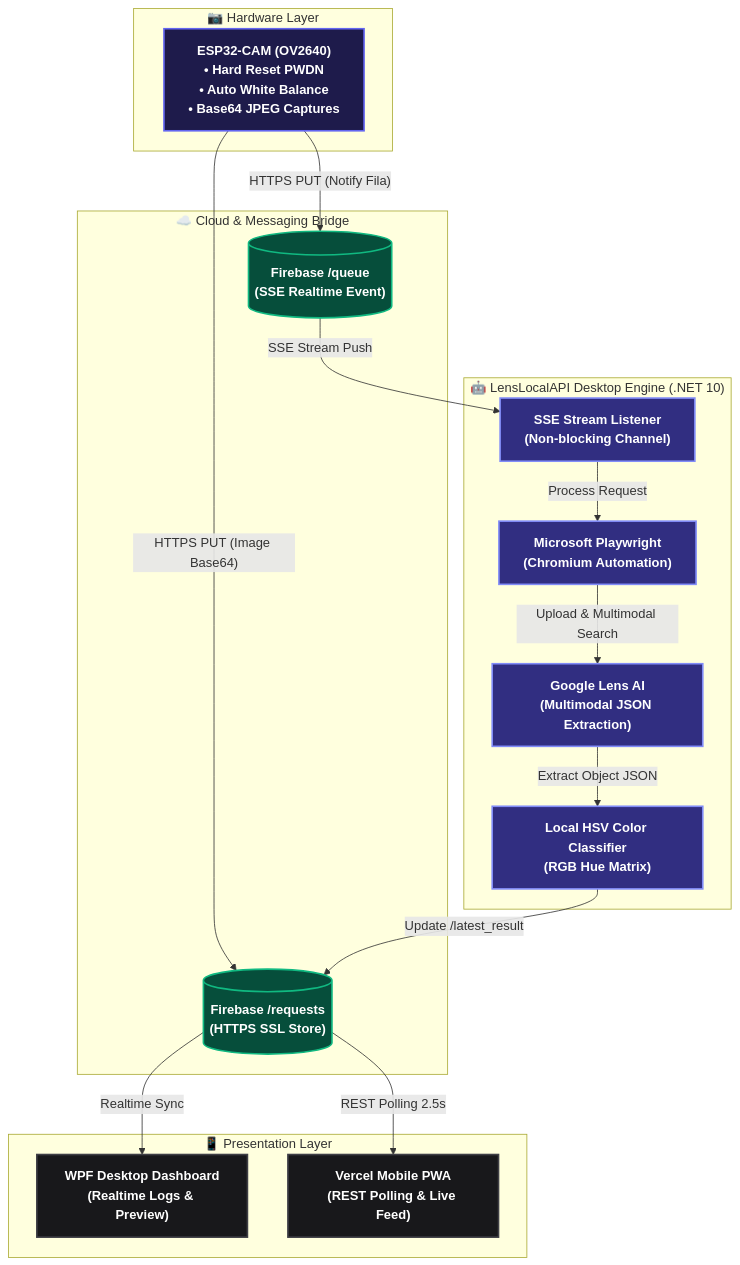
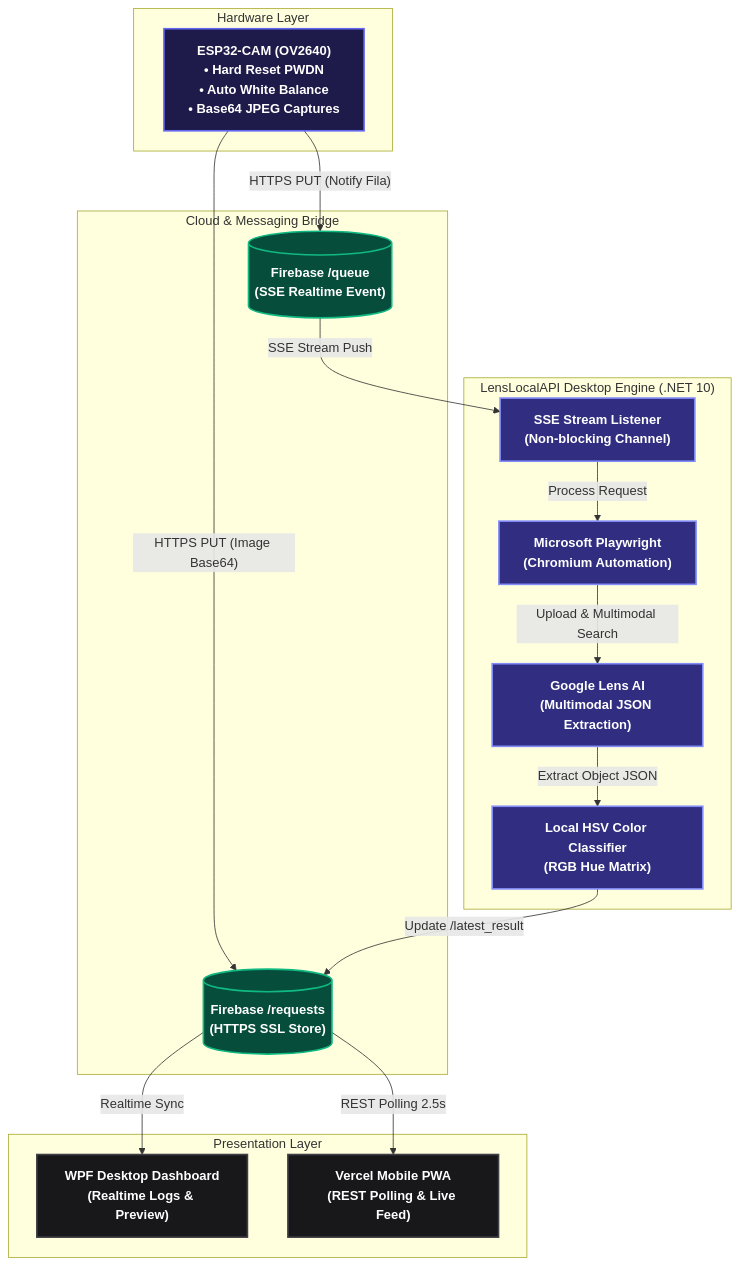
The diagram in README.md (theHerick/LensLocalAPI), drawn with Mermaid before and after one commit. The commit also changed other lines of this file and 1 other file, not shown here.

Commit message:
Remove all emojis from README and web dashboard UI

````diff
--- a/README.md
+++ b/README.md
@@ -40,38 +40,38 @@
 ```mermaid
 graph TD
     classDef hardware fill:#1e1b4b,stroke:#6366f1,stroke-width:2px,color:#fff,font-weight:bold;
     classDef cloud fill:#064e3b,stroke:#10b981,stroke-width:2px,color:#fff,font-weight:bold;
     classDef engine fill:#312e81,stroke:#818cf8,stroke-width:2px,color:#fff,font-weight:bold;
     classDef output fill:#18181b,stroke:#3f3f46,stroke-width:2px,color:#fff,font-weight:bold;
 
-    subgraph Hardware_Layer ["📷 Hardware Layer"]
+    subgraph Hardware_Layer ["Hardware Layer"]
         ESP["ESP32-CAM (OV2640)<br/>• Hard Reset PWDN<br/>• Auto White Balance<br/>• Base64 JPEG Captures"]:::hardware
     end
 
-    subgraph Cloud_Bridge ["☁️ Cloud & Messaging Bridge"]
+    subgraph Cloud_Bridge ["Cloud & Messaging Bridge"]
         FB_REQ[("Firebase /requests<br/>(HTTPS SSL Store)")]:::cloud
         FB_QUEUE[("Firebase /queue<br/>(SSE Realtime Event)")]:::cloud
     end
 
-    subgraph Core_Engine ["🤖 LensLocalAPI Desktop Engine (.NET 10)"]
+    subgraph Core_Engine ["LensLocalAPI Desktop Engine (.NET 10)"]
         SSE_LISTEN["SSE Stream Listener<br/>(Non-blocking Channel)"]:::engine
         PLAYWRIGHT["Microsoft Playwright<br/>(Chromium Automation)"]:::engine
         LENS["Google Lens AI<br/>(Multimodal JSON Extraction)"]:::engine
         COLOR["Local HSV Color Classifier<br/>(RGB Hue Matrix)"]:::engine
     end
 
-    subgraph Presentation ["📱 Presentation Layer"]
+    subgraph Presentation ["Presentation Layer"]
         DESKTOP["WPF Desktop Dashboard<br/>(Realtime Logs & Preview)"]:::output
         MOBILE["Vercel Mobile PWA<br/>(REST Polling & Live Feed)"]:::output
     end
 
     ESP -- "HTTPS PUT (Image Base64)" --> FB_REQ
     ESP -- "HTTPS PUT (Notify Fila)" --> FB_QUEUE
     FB_QUEUE -- "SSE Stream Push" --> SSE_LISTEN
     SSE_LISTEN -- "Process Request" --> PLAYWRIGHT
     PLAYWRIGHT -- "Upload & Multimodal Search" --> LENS
     LENS -- "Extract Object JSON" --> COLOR
     COLOR -- "Update /latest_result" --> FB_REQ
     FB_REQ -- "Realtime Sync" --> DESKTOP
     FB_REQ -- "REST Polling 2.5s" --> MOBILE
 ```
````
